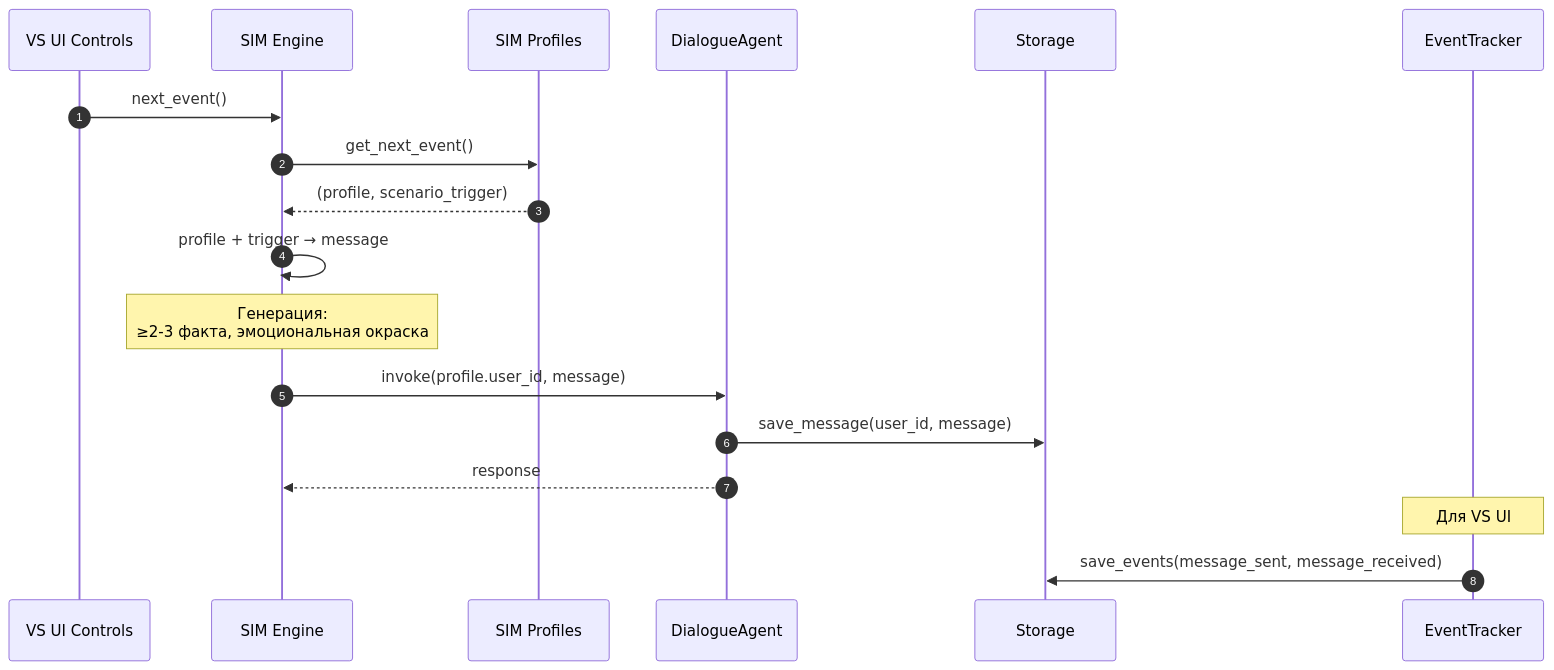
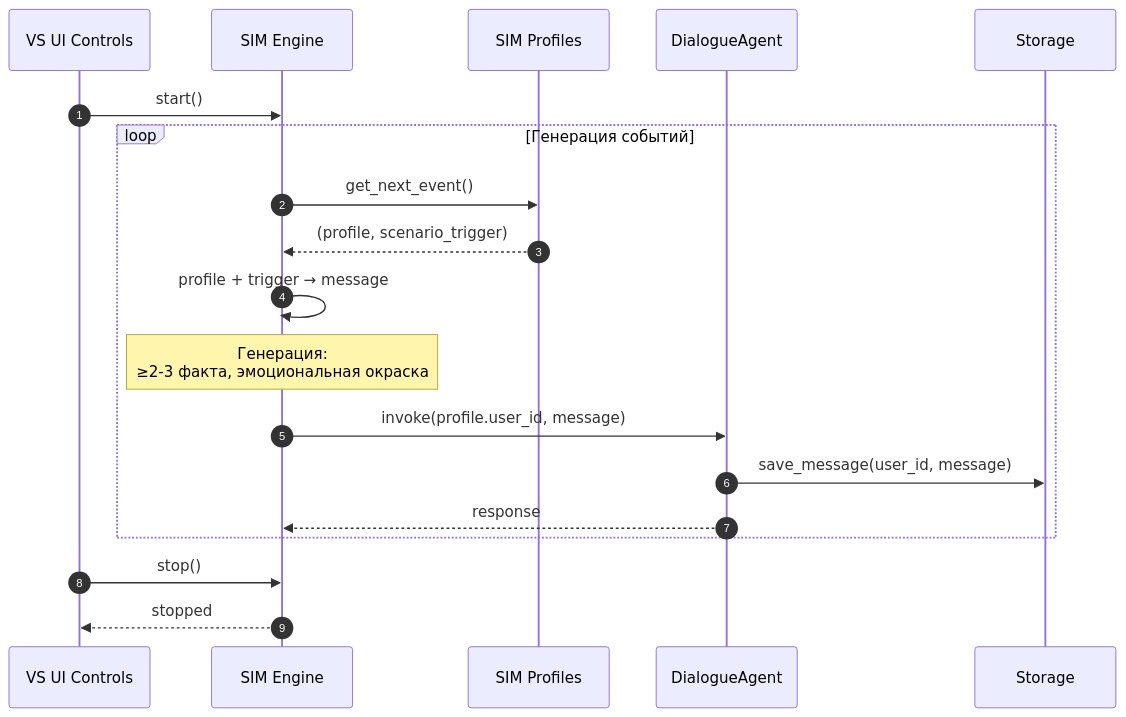
Diagram 11 of 13 in 00_docs/architecture/runtime_architecture.md (Dieugene/team-assistant), drawn with Mermaid before and after one commit. The commit also changed other lines of this file, not shown here.

First line of the commit message:
Refine runtime architecture

````diff
--- a/00_docs/architecture/runtime_architecture.md
+++ b/00_docs/architecture/runtime_architecture.md
@@ -521,24 +444,26 @@
 ```mermaid
 sequenceDiagram
     autonumber
     participant VS as VS UI Controls
     participant SIM as SIM Engine
     participant Profiles as SIM Profiles
     participant DA as DialogueAgent
     participant Storage as Storage
-    participant ET as EventTracker
 
-    VS->>SIM: next_event()
-    SIM->>Profiles: get_next_event()
-    Profiles-->>SIM: (profile, scenario_trigger)
+    VS->>SIM: start()
 
-    SIM->>SIM: profile + trigger → message
-    Note over SIM: Генерация:<br/>≥2-3 факта, эмоциональная окраска
+    loop Генерация событий
+        SIM->>Profiles: get_next_event()
+        Profiles-->>SIM: (profile, scenario_trigger)
 
-    SIM->>DA: invoke(profile.user_id, message)
-    DA->>Storage: save_message(user_id, message)
-    DA-->>SIM: response
+        SIM->>SIM: profile + trigger → message
+        Note over SIM: Генерация:<br/>≥2-3 факта, эмоциональная окраска
 
-    Note over ET: Для VS UI
-    ET->>Storage: save_events(message_sent, message_received)
+        SIM->>DA: invoke(profile.user_id, message)
+        DA->>Storage: save_message(user_id, message)
+        DA-->>SIM: response
+    end
+
+    VS->>SIM: stop()
+    SIM-->>VS: stopped
 ```
````
